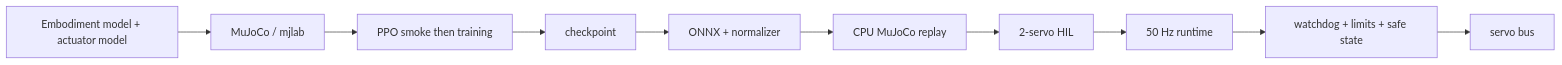
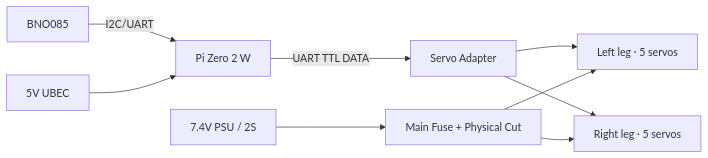
One commit to carpentry-liu/mini-duck-lite changed the second of 4 diagrams in docs/ARCHITECTURE.md. Above: the diagram before and after it, drawn with Mermaid. The commit also changed other lines of this file and 33 other files, not shown here.

````diff
--- a/docs/ARCHITECTURE.md
+++ b/docs/ARCHITECTURE.md
@@ -56,12 +30,11 @@
 ```mermaid
 flowchart LR
-  MODEL[Embodiment model + actuator model] --> SIM[MuJoCo / mjlab]
-  SIM --> PPO[PPO smoke then training]
-  PPO --> CKPT[checkpoint]
-  CKPT --> ONNX[ONNX + normalizer]
-  ONNX --> REPLAY[CPU MuJoCo replay]
-  REPLAY --> HIL[2-servo HIL]
-  HIL --> RT[50 Hz runtime]
-  RT --> SAFE[watchdog + limits + safe state]
-  SAFE --> BUS[servo bus]
+  PI[Pi Zero 2 W] -->|UART TTL DATA| ADAPTER[Servo Adapter]
+  ADAPTER --> LEFT[Left leg · 5 servos]
+  ADAPTER --> RIGHT[Right leg · 5 servos]
+  IMU[BNO085] -->|I2C/UART| PI
+  PSU[7.4V PSU / 2S] --> FUSE[Main Fuse + Physical Cut]
+  FUSE --> LEFT
+  FUSE --> RIGHT
+  UBEC[5V UBEC] --> PI
 ```
````
